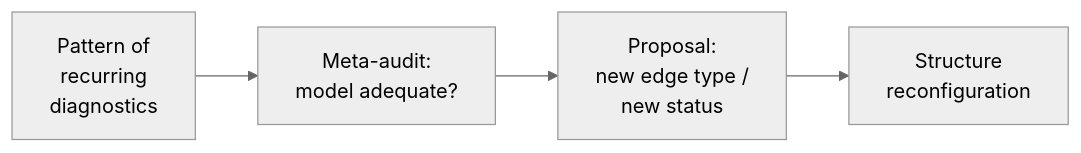
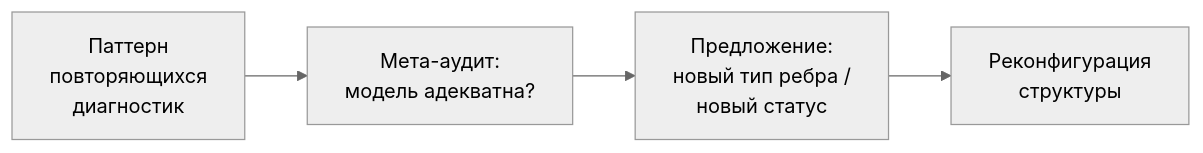
The second of 3 diagrams in docs/11-noesis/06-meta-reflection.md (gst-st/diakrisis), drawn with Mermaid (neutral theme) before and after one commit. The commit also changed other lines of this file and 23 other files, not shown here.

````diff
--- a/docs/11-noesis/06-meta-reflection.md
+++ b/docs/11-noesis/06-meta-reflection.md
@@ -172,6 +172,6 @@
 ```mermaid
 graph LR
-    D["Pattern of<br/>recurring<br/>diagnostics"] --> E["Meta-audit:<br/>model adequate?"]
-    E --> F["Proposal:<br/>new edge type /<br/>new status"]
-    F --> G["Structure<br/>reconfiguration"]
+    D["Паттерн<br/>повторяющихся<br/>диагностик"] --> E["Мета-аудит:<br/>модель адекватна?"]
+    E --> F["Предложение:<br/>новый тип ребра /<br/>новый статус"]
+    F --> G["Реконфигурация<br/>структуры"]
 ```
````
